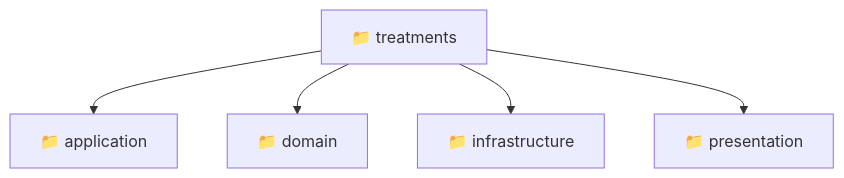
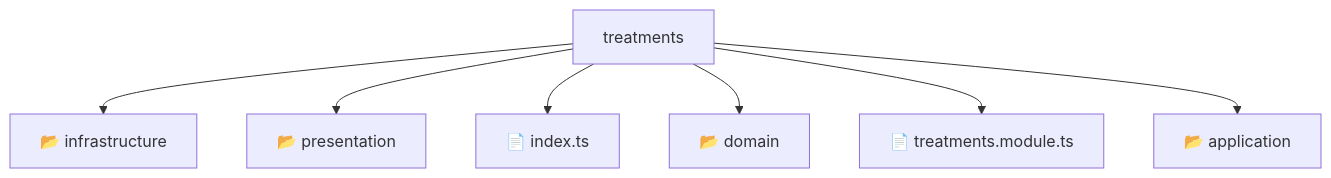
The diagram in backend/src/modules/treatments/README.md (beginwebdev2002/fullstack-mavluda), drawn with Mermaid before and after one commit. The commit also changed other lines of this file and 155 other files, not shown here.

````diff
--- a/backend/src/modules/treatments/README.md
+++ b/backend/src/modules/treatments/README.md
@@ -10,8 +14,10 @@
 ```mermaid
 graph TD
-  Root["📁 treatments"]
-  Root --> application["📁 application"]
-  Root --> domain["📁 domain"]
-  Root --> infrastructure["📁 infrastructure"]
-  Root --> presentation["📁 presentation"]
+    Root[treatments]
+    Root --> F0[📂 infrastructure]
+    Root --> F1[📂 presentation]
+    Root --> F2[📄 index.ts]
+    Root --> F3[📂 domain]
+    Root --> F4[📄 treatments.module.ts]
+    Root --> F5[📂 application]
 ```
````
